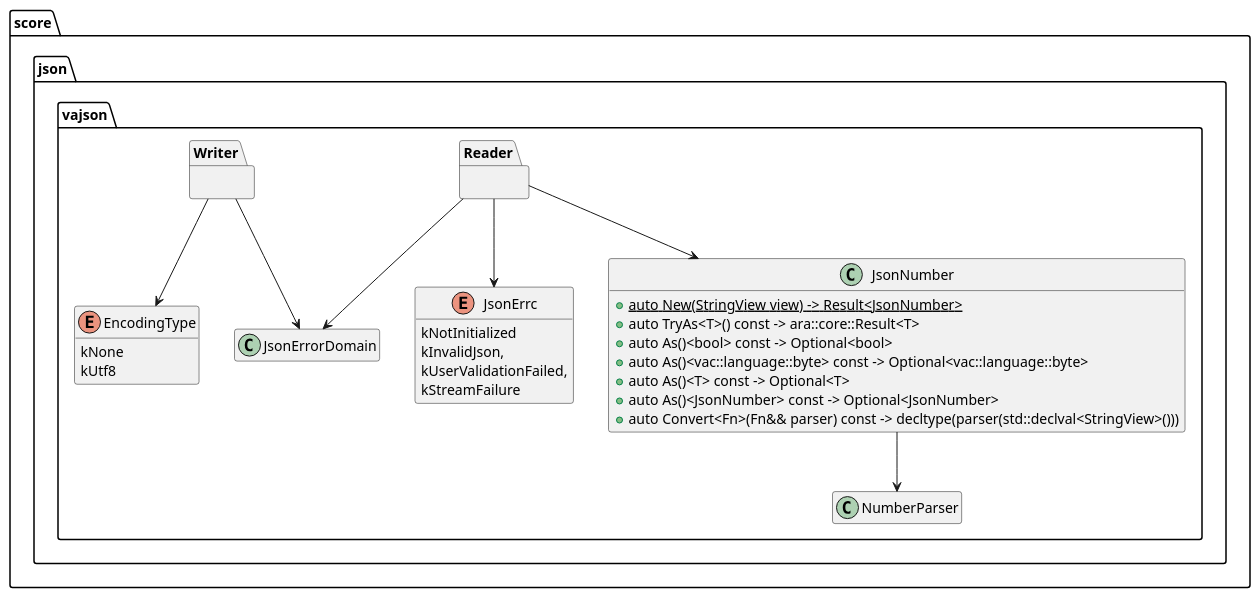
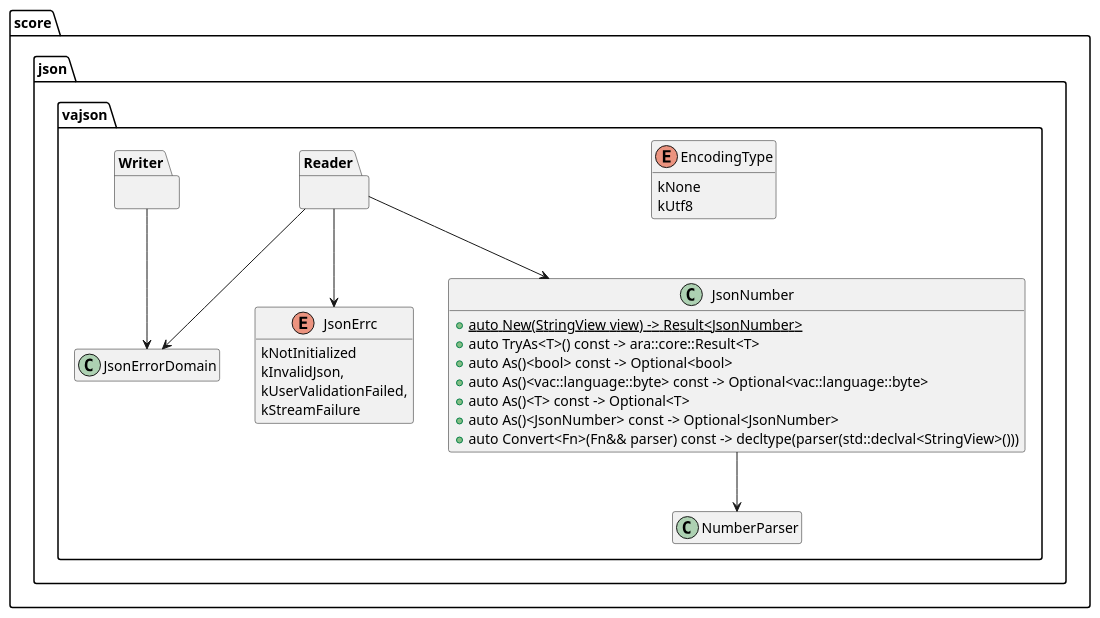
The fourth of 4 diagrams in score/json/docs/vajson/detailed_design/logical/Reader.rst (eclipse-score/baselibs), drawn with PlantUML before and after one commit. The commit also changed 5 other files, not shown here.

```diff
--- a/score/json/docs/vajson/detailed_design/logical/Reader.rst
+++ b/score/json/docs/vajson/detailed_design/logical/Reader.rst
@@ -205,53 +205,52 @@
 .. uml::
 
     @startuml
     hide empty members
 
       package "score" {
         package "json" {
           package "vajson" {
             enum JsonErrc {
               kNotInitialized
               kInvalidJson,
               kUserValidationFailed,
               kStreamFailure
             }
 
             class JsonErrorDomain {}
 
             class NumberParser {}
 
             class JsonNumber {
               + {static} auto New(StringView view) -> Result<JsonNumber>
               + auto TryAs<T>() const -> ara::core::Result<T>
               + auto As()<bool> const -> Optional<bool>
               + auto As()<vac::language::byte> const -> Optional<vac::language::byte>
               + auto As()<T> const -> Optional<T>
               + auto As()<JsonNumber> const -> Optional<JsonNumber>
               + auto Convert<Fn>(Fn&& parser) const -> decltype(parser(std::declval<StringView>()))
             }
 
             enum EncodingType {
               kNone
               kUtf8
             }
 
           package Reader {
           }
 
           package Writer {
           }
           }
         }
       }
 
       JsonNumber --> NumberParser
 
       Reader -down-> JsonNumber
       Reader -down-> JsonErrorDomain
       Reader -down-> JsonErrc
 
       Writer -down-> JsonErrorDomain
-      Writer -down-> EncodingType
 
     @enduml
```
